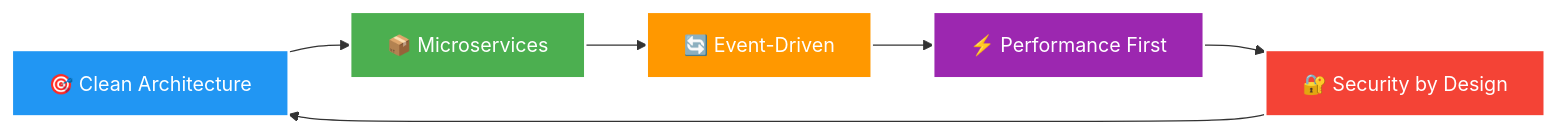
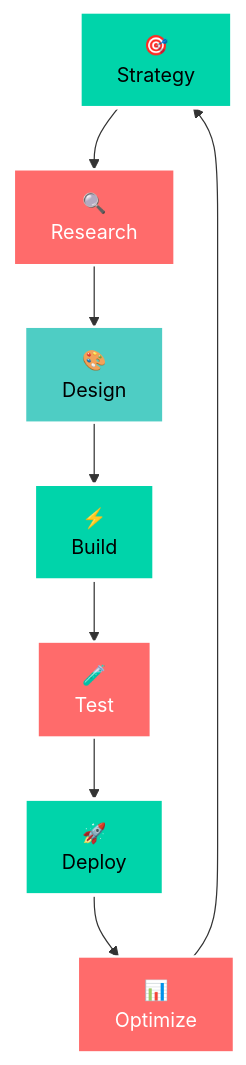
One commit to ChristianAgyapong/ChristianAgyapong changed the first of 4 diagrams in README.md. Above: the diagram before and after it, drawn with Mermaid. The commit also changed other lines of this file, not shown here.

````diff
--- a/README.md
+++ b/README.md
@@ -130,14 +48,18 @@
 ```mermaid
-graph LR
-    A[🎯 Clean Architecture] --> B[📦 Microservices]
-    B --> C[🔄 Event-Driven]
-    C --> D[⚡ Performance First]
-    D --> E[🔐 Security by Design]
-    E --> A
+graph TD
+    A["🎯<br/>Strategy"] --> B["🔍<br/>Research"]
+    B --> C["🎨<br/>Design"]
+    C --> D["⚡<br/>Build"]
+    D --> E["🧪<br/>Test"]
+    E --> F["🚀<br/>Deploy"]
+    F --> G["📊<br/>Optimize"]
+    G --> A
     
-    style A fill:#2196F3,stroke:#fff,stroke-width:2px,color:#fff
-    style B fill:#4CAF50,stroke:#fff,stroke-width:2px,color:#fff  
-    style C fill:#FF9800,stroke:#fff,stroke-width:2px,color:#fff
-    style D fill:#9C27B0,stroke:#fff,stroke-width:2px,color:#fff
-    style E fill:#F44336,stroke:#fff,stroke-width:2px,color:#fff
+    classDef primary fill:#00D4AA,stroke:#fff,stroke-width:3px,color:#000
+    classDef secondary fill:#FF6B6B,stroke:#fff,stroke-width:2px,color:#fff
+    classDef tertiary fill:#4ECDC4,stroke:#fff,stroke-width:2px,color:#000
+    
+    class A,D,F primary
+    class B,E,G secondary
+    class C tertiary
 ```
````
